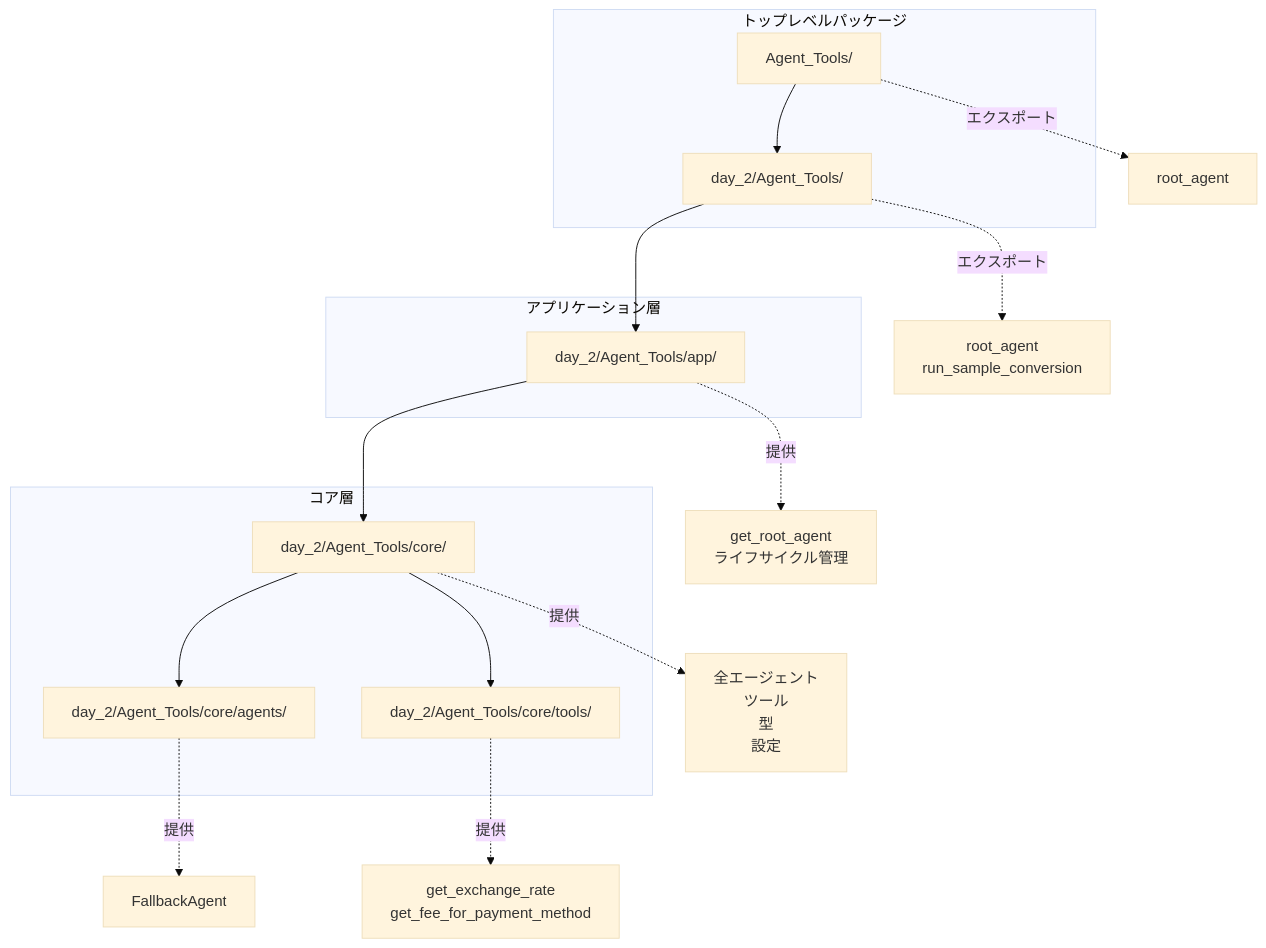
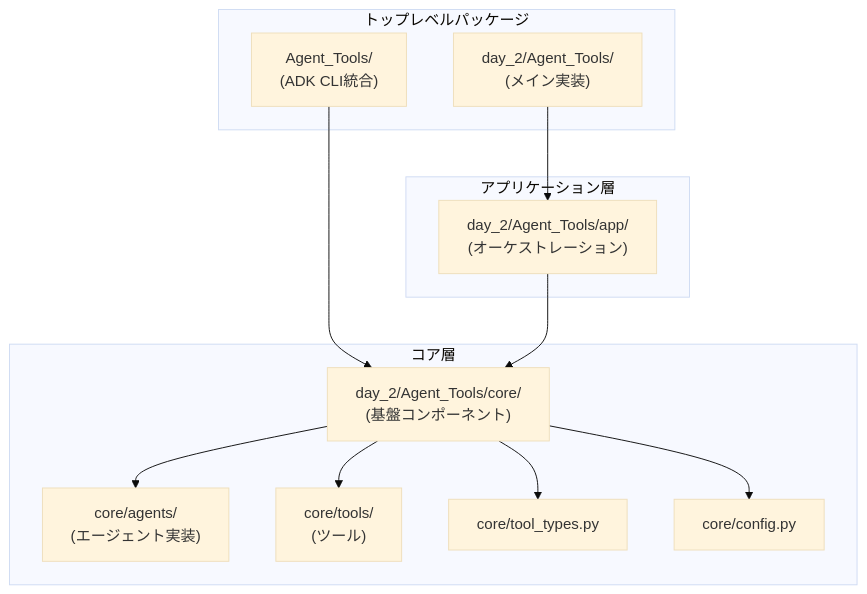
One commit to myoshi2891/5-Day-AI-Agents-Intensive changed the fourth of 5 diagrams in README.md. Above: the diagram before and after it, drawn with Mermaid (base theme). The commit also changed other lines of this file, not shown here.

````diff
--- a/README.md
+++ b/README.md
@@ -186,30 +161,27 @@
 ```mermaid
 graph TD
     subgraph "トップレベルパッケージ"
-        A[Agent_Tools/]
-        B[day_2/Agent_Tools/]
+        AgentTools["Agent_Tools/<br/>(ADK CLI統合)"]
+        Day2["day_2/Agent_Tools/<br/>(メイン実装)"]
     end
     
     subgraph "アプリケーション層"
-        C[day_2/Agent_Tools/app/]
+        App["day_2/Agent_Tools/app/<br/>(オーケストレーション)"]
     end
     
     subgraph "コア層"
-        D[day_2/Agent_Tools/core/]
-        E[day_2/Agent_Tools/core/agents/]
-        F[day_2/Agent_Tools/core/tools/]
+        Core["day_2/Agent_Tools/core/<br/>(基盤コンポーネント)"]
+        CoreAgents["core/agents/<br/>(エージェント実装)"]
+        CoreTools["core/tools/<br/>(ツール)"]
+        CoreTypes["core/tool_types.py"]
+        CoreConfig["core/config.py"]
     end
     
-    A --> B
-    B --> C
-    C --> D
-    D --> E
-    D --> F
-    
-    A -.->|エクスポート| A1[root_agent]
-    B -.->|エクスポート| B1[root_agent<br/>run_sample_conversion]
-    C -.->|提供| C1[get_root_agent<br/>ライフサイクル管理]
-    D -.->|提供| D1[全エージェント<br/>ツール<br/>型<br/>設定]
-    E -.->|提供| E1[FallbackAgent]
-    F -.->|提供| F1[get_exchange_rate<br/>get_fee_for_payment_method]
+    AgentTools --> Core
+    Day2 --> App
+    App --> Core
+    Core --> CoreAgents
+    Core --> CoreTools
+    Core --> CoreTypes
+    Core --> CoreConfig
 ```
````
